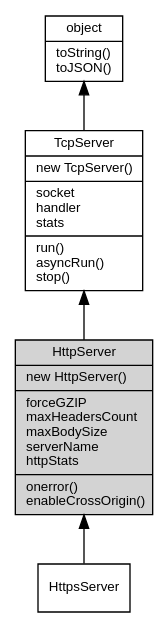
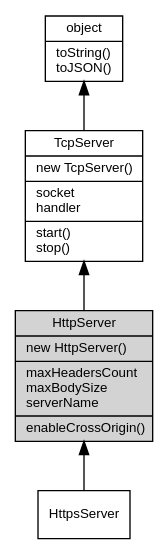
Before and after one commit to fibjs/fibjs.org: the diagram in docs/manual/object/ifs/HttpServer.md, drawn with Graphviz. The commit also changed other lines of this file and 229 other files, not shown here.

````diff
--- a/docs/manual/object/ifs/HttpServer.md
+++ b/docs/manual/object/ifs/HttpServer.md
@@ -22,14 +22,14 @@
 ```dot
 digraph {
     node [fontname="Helvetica,sans-Serif", fontsize=10, shape="record", style="filled", fillcolor="white"];
 
     object [tooltip="object", URL="object.md", label="{object|toString()\ltoJSON()\l}"];
-    TcpServer [tooltip="TcpServer", URL="TcpServer.md", label="{TcpServer|new TcpServer()\l|socket\lhandler\lstats\l|run()\lasyncRun()\lstop()\l}"];
-    HttpServer [tooltip="HttpServer", fillcolor="lightgray", id="me", label="{HttpServer|new HttpServer()\l|forceGZIP\lmaxHeadersCount\lmaxBodySize\lserverName\lhttpStats\l|onerror()\lenableCrossOrigin()\l}"];
+    TcpServer [tooltip="TcpServer", URL="TcpServer.md", label="{TcpServer|new TcpServer()\l|socket\lhandler\l|start()\lstop()\l}"];
+    HttpServer [tooltip="HttpServer", fillcolor="lightgray", id="me", label="{HttpServer|new HttpServer()\l|maxHeadersCount\lmaxBodySize\lserverName\l|enableCrossOrigin()\l}"];
     HttpsServer [tooltip="HttpsServer", URL="HttpsServer.md", label="{HttpsServer}"];
 
     object -> TcpServer [dir=back];
     TcpServer -> HttpServer [dir=back];
     HttpServer -> HttpsServer [dir=back];
 }
 ```
````
